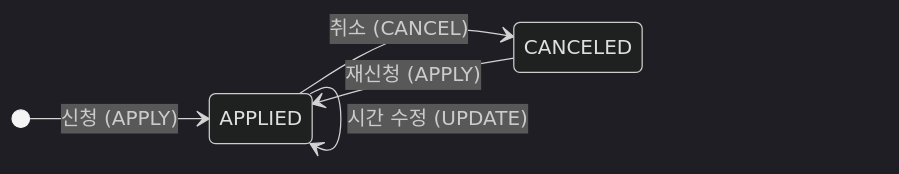
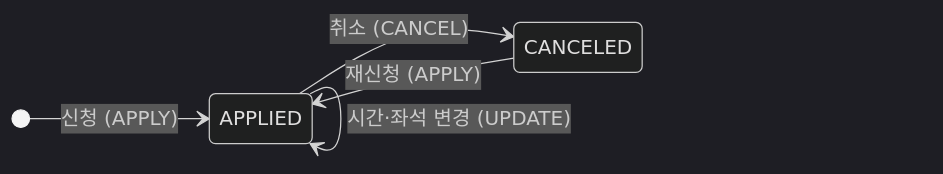
One commit to JungMINI-developer/hiconsy-task changed the third of 3 diagrams in docs/database.md. Above: the diagram before and after it, drawn with Mermaid (dark theme). The commit also changed other lines of this file, not shown here.

````diff
--- a/docs/database.md
+++ b/docs/database.md
@@ -96,8 +112,8 @@
 ```mermaid
 stateDiagram-v2
   direction LR
   [*] --> APPLIED : 신청 (APPLY)
-  APPLIED --> APPLIED : 시간 수정 (UPDATE)
+  APPLIED --> APPLIED : 시간·좌석 변경 (UPDATE)
   APPLIED --> CANCELED : 취소 (CANCEL)
   CANCELED --> APPLIED : 재신청 (APPLY)
 ```
````
